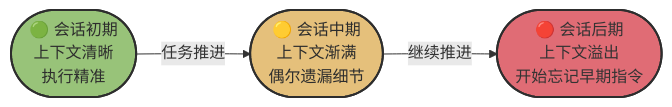
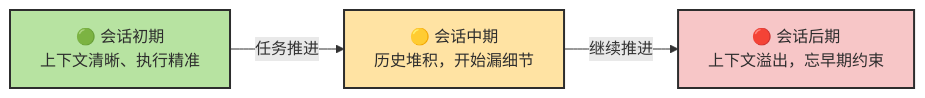
Before and after one commit to zht043/AgenticCodingTutorial: the fifth of 7 diagrams in docs/chapters/ch05-agent-mechanics.md, drawn with Mermaid. The commit also changed other lines of this file and 69 other files, not shown here.

Commit message:
optimize docs and add mermaid validation

````diff
--- a/docs/chapters/ch05-agent-mechanics.md
+++ b/docs/chapters/ch05-agent-mechanics.md
@@ -334,12 +355,13 @@
 ```mermaid
 flowchart LR
-    classDef good fill:#98c379,stroke:#2d2d2d,stroke-width:2px,color:#2d2d2d
-    classDef mid fill:#e5c07b,stroke:#2d2d2d,stroke-width:2px,color:#2d2d2d
-    classDef bad fill:#e06c75,stroke:#2d2d2d,stroke-width:2px
+    classDef good fill:#b7e3a1,stroke:#2d2d2d,stroke-width:2px,color:#2d2d2d
+    classDef mid fill:#ffe3a3,stroke:#2d2d2d,stroke-width:2px,color:#2d2d2d
+    classDef bad fill:#f7c6c7,stroke:#2d2d2d,stroke-width:2px,color:#2d2d2d
 
-    T1(["🟢 会话初期<br/>上下文清晰<br/>执行精准"]):::good
-    T2(["🟡 会话中期<br/>上下文渐满<br/>偶尔遗漏细节"]):::mid
-    T3(["🔴 会话后期<br/>上下文溢出<br/>开始忘记早期指令"]):::bad
+    T1["🟢 会话初期<br/>上下文清晰、执行精准"]:::good
+    T2["🟡 会话中期<br/>历史堆积，开始漏细节"]:::mid
+    T3["🔴 会话后期<br/>上下文溢出，忘早期约束"]:::bad
 
-    T1 -->|"任务推进"| T2 -->|"继续推进"| T3
+    T1 -->|"任务推进"| T2
+    T2 -->|"继续推进"| T3
 ```
````
